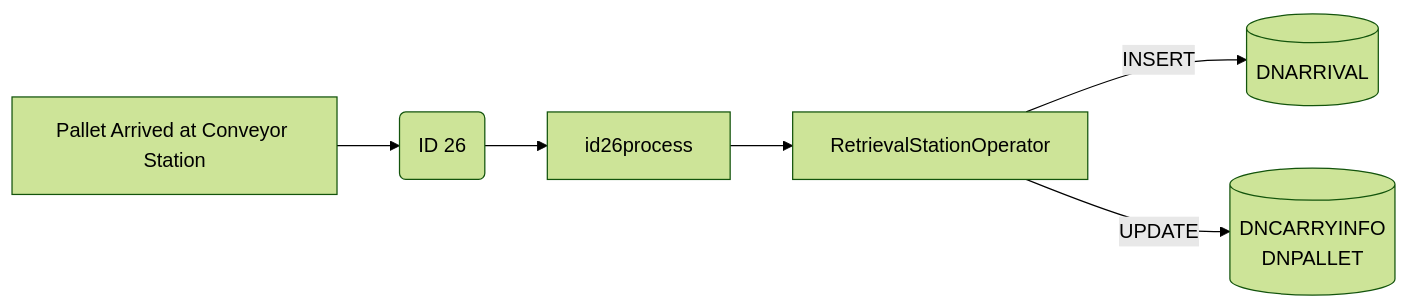
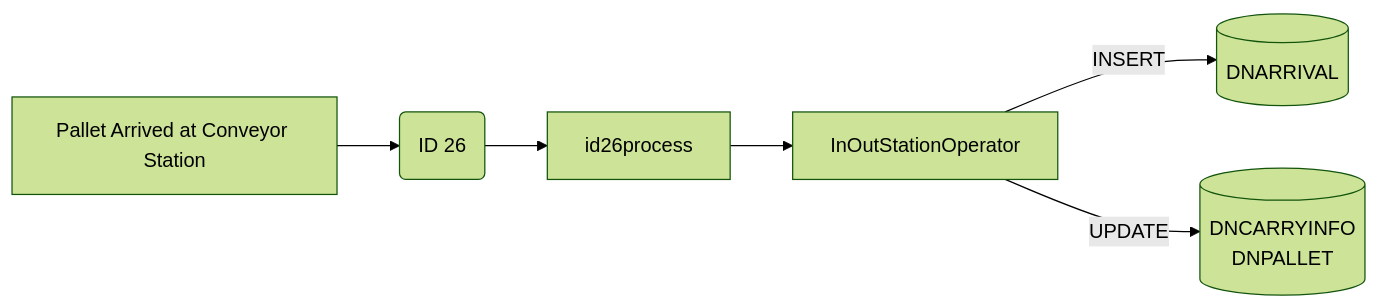
One commit to luthfiadityaa/SimeDarby-Wiki changed the tenth of 18 diagrams in Basic-Design/DFD-WMS/Retrieval/QC-Setting/Retrieval-for-QC-Start.md. Above: the diagram before and after it, drawn with Mermaid (forest theme).

Commit message:
Updated Retrieval for QC Start

```diff
--- a/Basic-Design/DFD-WMS/Retrieval/QC-Setting/Retrieval-for-QC-Start.md
+++ b/Basic-Design/DFD-WMS/Retrieval/QC-Setting/Retrieval-for-QC-Start.md
@@ -432,30 +432,30 @@
 ::: mermaid
 flowchart LR
 
 buttonclicked["
 Pallet Arrived at Conveyor Station
 "]
 
 id26msg("
 ID 26
 ")
 
 id26-insert[("
 DNARRIVAL
 ")]
 
 id26-update[("
 DNCARRYINFO
 DNPALLET
 ")]
 
 id26process[id26process]
-retrievaloperator[RetrievalStationOperator]
+retrievaloperator[InOutStationOperator]
 
 
 buttonclicked --> id26msg
 id26msg -->id26process
 id26process-->retrievaloperator
 retrievaloperator--> |INSERT| id26-insert
 retrievaloperator--> |UPDATE| id26-update
 :::
```
